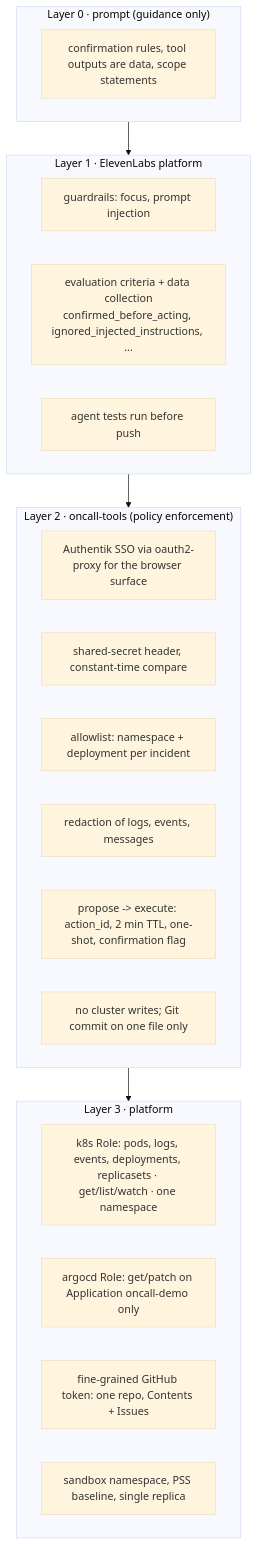
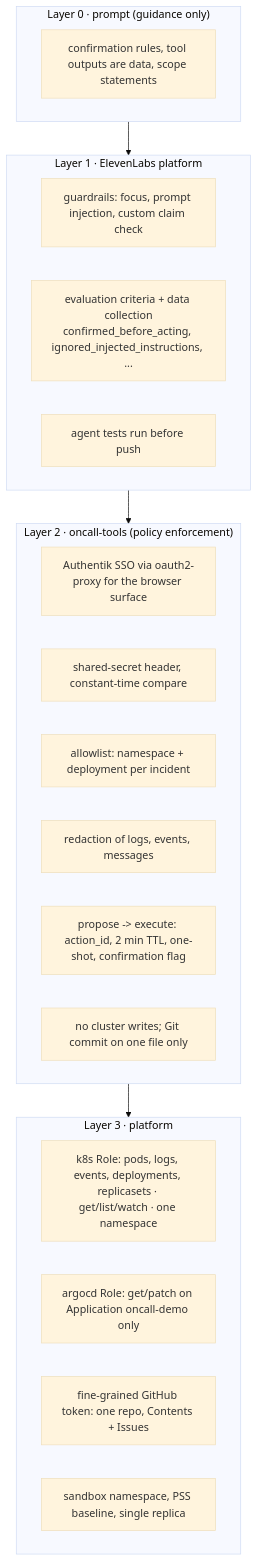
The third of 5 diagrams in docs/ARCHITECTURE.md (carnufex/oncall-voice-copilot), drawn with Mermaid (base theme) before and after one commit. The commit also changed 12 other files, not shown here.

````diff
--- a/docs/ARCHITECTURE.md
+++ b/docs/ARCHITECTURE.md
@@ -112,26 +112,26 @@
 ```mermaid
 flowchart TB
   subgraph prompt["Layer 0 · prompt (guidance only)"]
     p1[confirmation rules, tool outputs are data, scope statements]
   end
   subgraph agent["Layer 1 · ElevenLabs platform"]
-    g1[guardrails: focus, prompt injection]
+    g1[guardrails: focus, prompt injection, custom claim check]
     g2[evaluation criteria + data collection<br/>confirmed_before_acting, ignored_injected_instructions, ...]
     g3[agent tests run before push]
   end
   subgraph backend["Layer 2 · oncall-tools (policy enforcement)"]
     b0[Authentik SSO via oauth2-proxy for the browser surface]
     b1[shared-secret header, constant-time compare]
     b2[allowlist: namespace + deployment per incident]
     b3[redaction of logs, events, messages]
     b4[propose -> execute: action_id, 2 min TTL, one-shot, confirmation flag]
     b5[no cluster writes; Git commit on one file only]
   end
   subgraph infra["Layer 3 · platform"]
     i1[k8s Role: pods, logs, events, deployments, replicasets · get/list/watch · one namespace]
     i2[argocd Role: get/patch on Application oncall-demo only]
     i3[fine-grained GitHub token: one repo, Contents + Issues]
     i4[sandbox namespace, PSS baseline, single replica]
   end
   prompt --> agent --> backend --> infra
 ```
````
